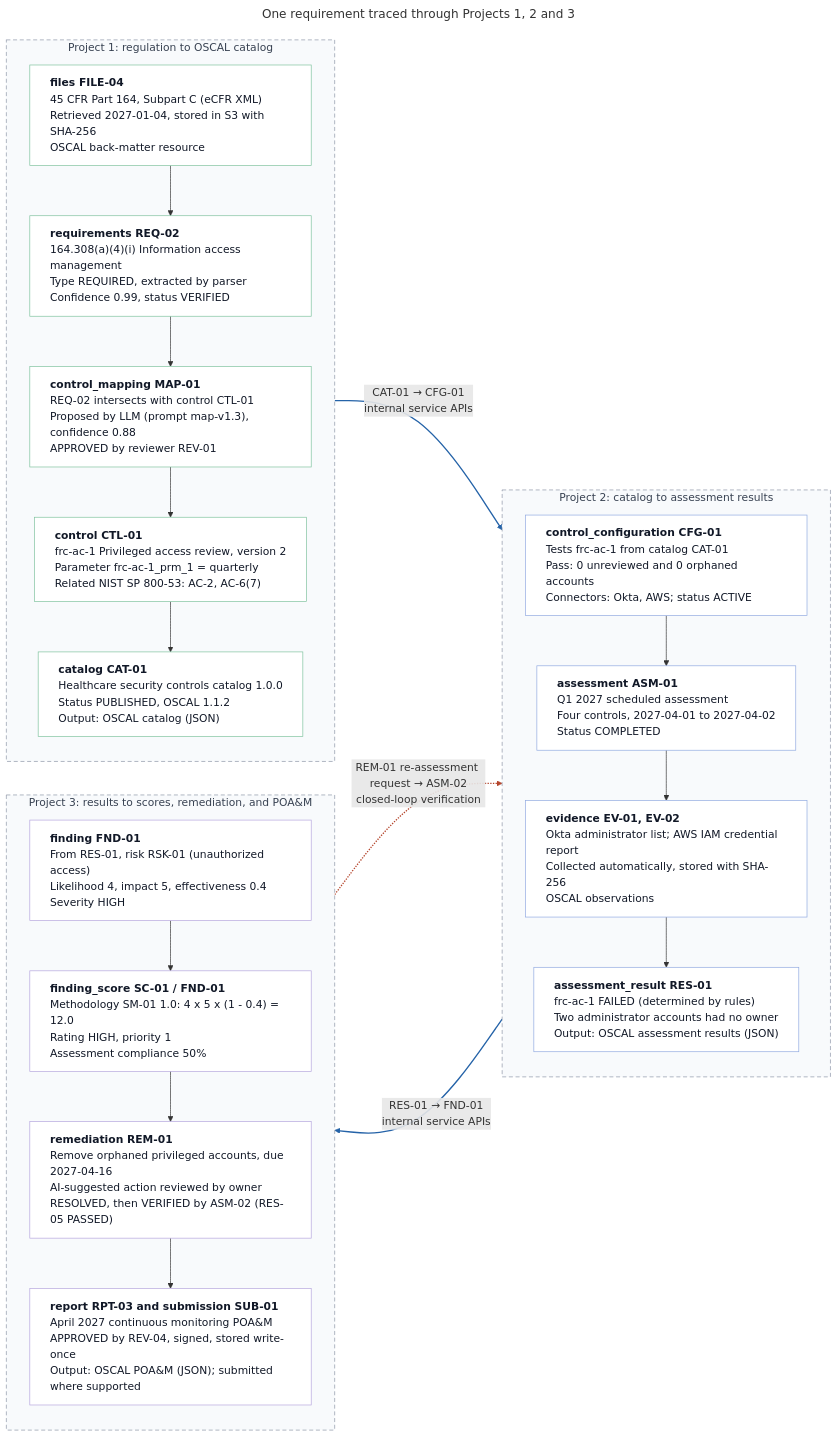
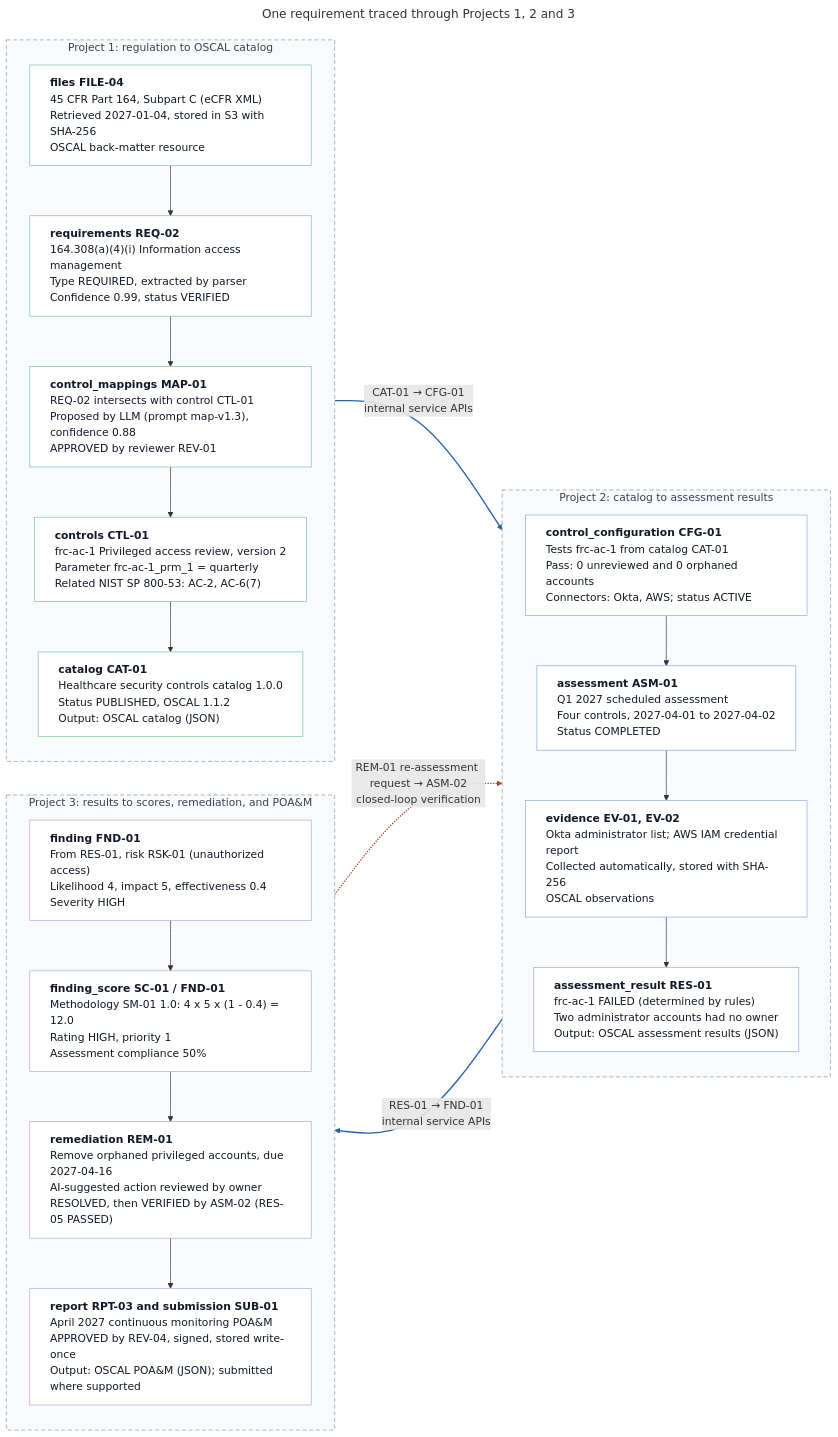
The diagram in assets/diagrams/solution/fig-15-1-end-to-end-trace.mmd (GRaCe-GRC/GRaCe-GRC-docs), drawn with Mermaid before and after one commit. The commit also changed 17 other files, not shown here.

```diff
--- a/assets/diagrams/solution/fig-15-1-end-to-end-trace.mmd
+++ b/assets/diagrams/solution/fig-15-1-end-to-end-trace.mmd
@@ -1,44 +1,44 @@
 ---
 title: "One requirement traced through Projects 1, 2 and 3"
 config:
   flowchart:
     wrappingWidth: 360
 ---
 flowchart LR
   subgraph T1["Project 1: regulation to OSCAL catalog"]
     direction TB
     a1["<b>files FILE-04</b><br/>45 CFR Part 164, Subpart C (eCFR XML)<br/>Retrieved 2027-01-04, stored in S3 with SHA-256<br/>OSCAL back-matter resource"]:::p1
     a2["<b>requirements REQ-02</b><br/>164.308(a)(4)(i) Information access management<br/>Type REQUIRED, extracted by parser<br/>Confidence 0.99, status VERIFIED"]:::p1
-    a3["<b>control_mapping MAP-01</b><br/>REQ-02 intersects with control CTL-01<br/>Proposed by LLM (prompt map-v1.3), confidence 0.88<br/>APPROVED by reviewer REV-01"]:::p1
-    a4["<b>control CTL-01</b><br/>frc-ac-1 Privileged access review, version 2<br/>Parameter frc-ac-1_prm_1 = quarterly<br/>Related NIST SP 800-53: AC-2, AC-6(7)"]:::p1
+    a3["<b>control_mappings MAP-01</b><br/>REQ-02 intersects with control CTL-01<br/>Proposed by LLM (prompt map-v1.3), confidence 0.88<br/>APPROVED by reviewer REV-01"]:::p1
+    a4["<b>controls CTL-01</b><br/>frc-ac-1 Privileged access review, version 2<br/>Parameter frc-ac-1_prm_1 = quarterly<br/>Related NIST SP 800-53: AC-2, AC-6(7)"]:::p1
     a5["<b>catalog CAT-01</b><br/>Healthcare security controls catalog 1.0.0<br/>Status PUBLISHED, OSCAL 1.1.2<br/>Output: OSCAL catalog (JSON)"]:::p1
     a1 --> a2 --> a3 --> a4 --> a5
   end
   subgraph T2["Project 2: catalog to assessment results"]
     direction TB
     b1["<b>control_configuration CFG-01</b><br/>Tests frc-ac-1 from catalog CAT-01<br/>Pass: 0 unreviewed and 0 orphaned accounts<br/>Connectors: Okta, AWS; status ACTIVE"]:::p2
     b2["<b>assessment ASM-01</b><br/>Q1 2027 scheduled assessment<br/>Four controls, 2027-04-01 to 2027-04-02<br/>Status COMPLETED"]:::p2
     b3["<b>evidence EV-01, EV-02</b><br/>Okta administrator list; AWS IAM credential report<br/>Collected automatically, stored with SHA-256<br/>OSCAL observations"]:::p2
     b4["<b>assessment_result RES-01</b><br/>frc-ac-1 FAILED (determined by rules)<br/>Two administrator accounts had no owner<br/>Output: OSCAL assessment results (JSON)"]:::p2
     b1 --> b2 --> b3 --> b4
   end
   subgraph T3["Project 3: results to scores, remediation, and POA&amp;M"]
     direction TB
     c1["<b>finding FND-01</b><br/>From RES-01, risk RSK-01 (unauthorized access)<br/>Likelihood 4, impact 5, effectiveness 0.4<br/>Severity HIGH"]:::p3
     c2["<b>finding_score SC-01 / FND-01</b><br/>Methodology SM-01 1.0: 4 x 5 x (1 - 0.4) = 12.0<br/>Rating HIGH, priority 1<br/>Assessment compliance 50%"]:::p3
     c3["<b>remediation REM-01</b><br/>Remove orphaned privileged accounts, due 2027-04-16<br/>AI-suggested action reviewed by owner<br/>RESOLVED, then VERIFIED by ASM-02 (RES-05 PASSED)"]:::p3
     c4["<b>report RPT-03 and submission SUB-01</b><br/>April 2027 continuous monitoring POA&amp;M<br/>APPROVED by REV-04, signed, stored write-once<br/>Output: OSCAL POA&amp;M (JSON); submitted where supported"]:::p3
     c1 --> c2 --> c3 --> c4
   end
   T1 ==>|"CAT-01 → CFG-01<br/>internal service APIs"| T2
   T2 ==>|"RES-01 → FND-01<br/>internal service APIs"| T3
   T3 -.->|"REM-01 re-assessment request → ASM-02<br/>closed-loop verification"| T2
 
   classDef p1 fill:#ffffff,stroke:#7cc19c,color:#111827,text-align:left
   classDef p2 fill:#ffffff,stroke:#8fa8e0,color:#111827,text-align:left
   classDef p3 fill:#ffffff,stroke:#b4a3dd,color:#111827,text-align:left
   style T1 fill:#f8fafc,stroke:#8a94a6,stroke-dasharray:6 4,color:#374151
   style T2 fill:#f8fafc,stroke:#8a94a6,stroke-dasharray:6 4,color:#374151
   style T3 fill:#f8fafc,stroke:#8a94a6,stroke-dasharray:6 4,color:#374151
   linkStyle 10,11 stroke:#2563a8,stroke-width:2px
   linkStyle 12 stroke:#b5472e,stroke-width:2px
```
